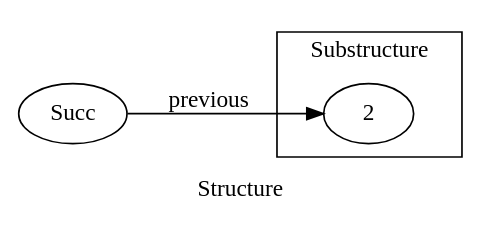
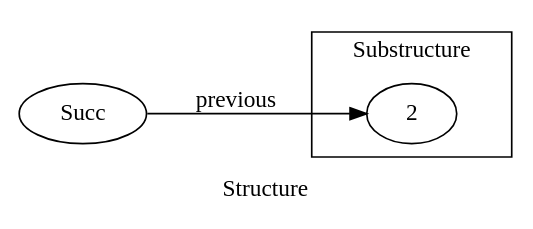
Before and after one commit to anatoliykmetyuk/anatoliykmetyuk.github.io_: the fourth of 9 diagrams in posts/2017-03-10-matryoshka-intro.md, drawn with Graphviz. The commit also changed other lines of this file and 1 other file, not shown here.

Commit message:
Graphviz labels fixed

````diff
--- a/posts/2017-03-10-matryoshka-intro.md
+++ b/posts/2017-03-10-matryoshka-intro.md
@@ -153,11 +153,11 @@
 ```graphviz
-digraph G { label="Structure" rankdir=LR
-  S3 [label="Succ"]
+digraph G { label=" Structure " rankdir=LR
+  S3 [label=" Succ "]
 
-  subgraph cluster1 { label="Substructure" graph[style=solid]
-    S2 [label="2"]
+  subgraph cluster1 { label=" Substructure " graph[style=solid]
+    S2 [label=" 2 "]
   }
 
-  S3 -> S2[label="previous"]
+  S3 -> S2[label=" previous "]
 } 
 ```
````
